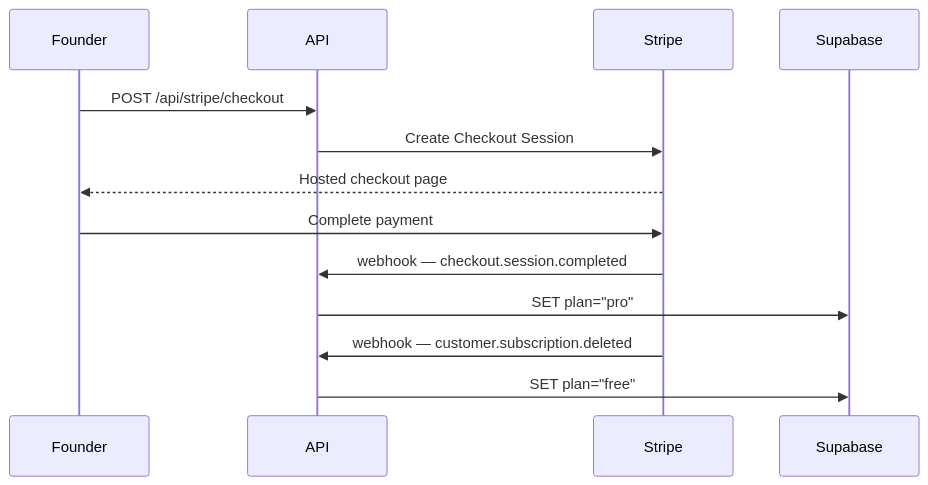
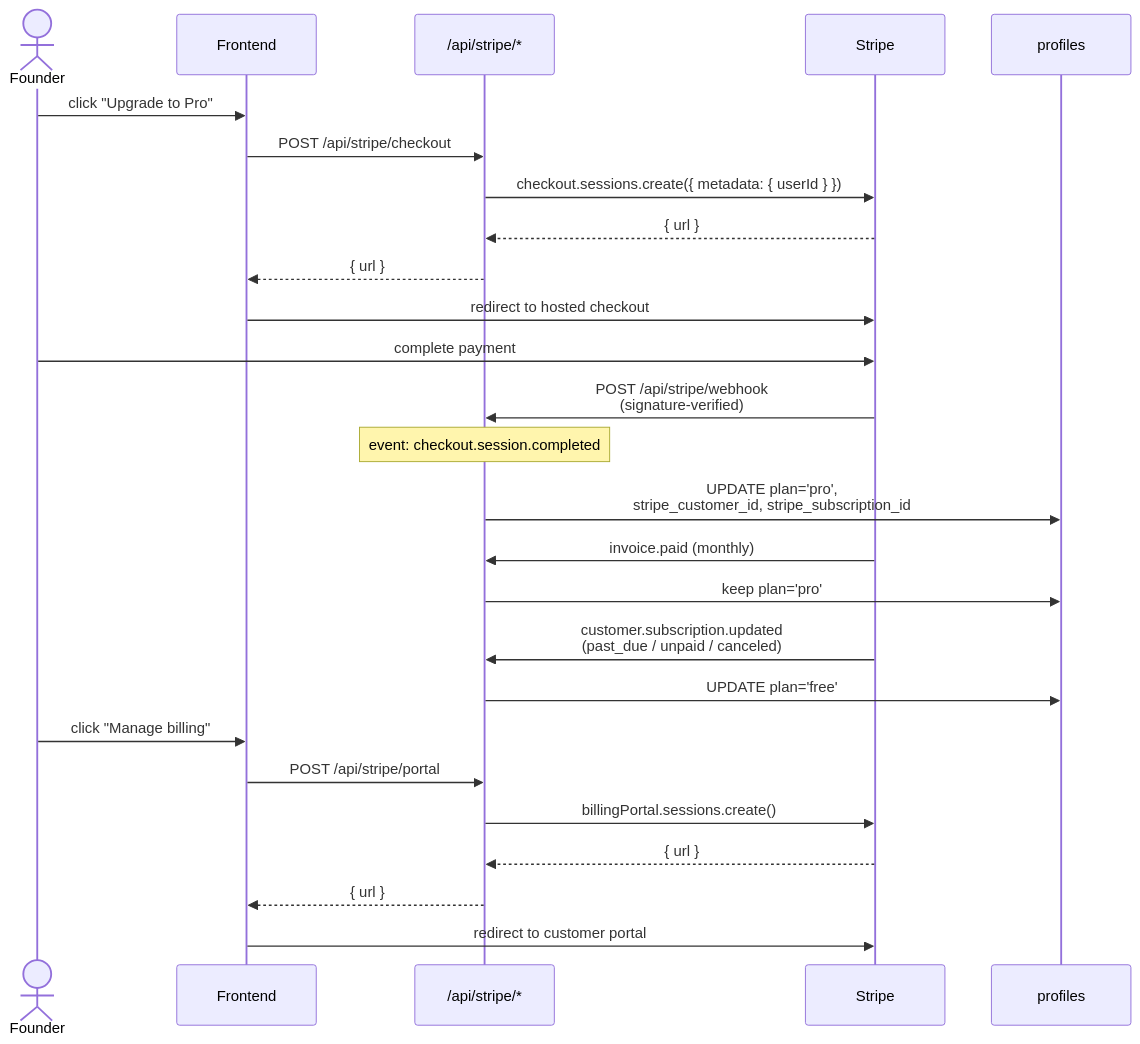
The fourth of 5 diagrams in README.md (kurzmichael02-hue/fundflow), drawn with Mermaid before and after one commit. The commit also changed other lines of this file and 15 other files, not shown here.

First line of the commit message:
feat: forgot/reset password flow

````diff
--- a/README.md
+++ b/README.md
@@ -166,11 +239,33 @@
 ```mermaid
 sequenceDiagram
-    Founder->>API: POST /api/stripe/checkout
-    API->>Stripe: Create Checkout Session
-    Stripe-->>Founder: Hosted checkout page
-    Founder->>Stripe: Complete payment
-    Stripe->>API: webhook — checkout.session.completed
-    API->>Supabase: SET plan="pro"
-    Stripe->>API: webhook — customer.subscription.deleted
-    API->>Supabase: SET plan="free"
+    actor Founder
+    participant FE as Frontend
+    participant API as /api/stripe/*
+    participant Stripe
+    participant DB as profiles
+
+    Founder->>FE: click "Upgrade to Pro"
+    FE->>API: POST /api/stripe/checkout
+    API->>Stripe: checkout.sessions.create({ metadata: { userId } })
+    Stripe-->>API: { url }
+    API-->>FE: { url }
+    FE->>Stripe: redirect to hosted checkout
+    Founder->>Stripe: complete payment
+
+    Stripe->>API: POST /api/stripe/webhook<br/>(signature-verified)
+    Note over API: event: checkout.session.completed
+    API->>DB: UPDATE plan='pro',<br/>stripe_customer_id, stripe_subscription_id
+
+    Stripe->>API: invoice.paid (monthly)
+    API->>DB: keep plan='pro'
+
+    Stripe->>API: customer.subscription.updated<br/>(past_due / unpaid / canceled)
+    API->>DB: UPDATE plan='free'
+
+    Founder->>FE: click "Manage billing"
+    FE->>API: POST /api/stripe/portal
+    API->>Stripe: billingPortal.sessions.create()
+    Stripe-->>API: { url }
+    API-->>FE: { url }
+    FE->>Stripe: redirect to customer portal
 ```
````
